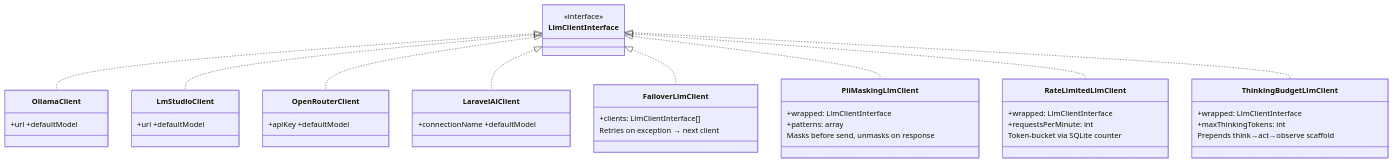
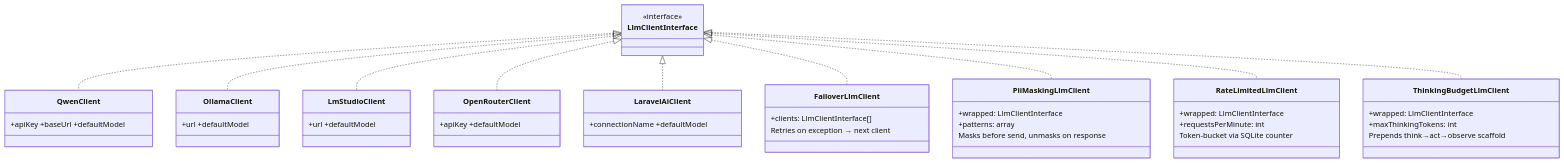
One commit to K415mm/elasticcost changed the diagram in packages/phpkaiharness/doc/components.md. Above: the diagram before and after it, drawn with Mermaid. The commit also changed other lines of this file and 5 other files, not shown here.

````diff
--- a/packages/phpkaiharness/doc/components.md
+++ b/packages/phpkaiharness/doc/components.md
@@ -65,38 +65,40 @@
 ```mermaid
 classDiagram
     class LlmClientInterface { <<interface>> }
 
+    class QwenClient { +apiKey +baseUrl +defaultModel }
     class OllamaClient { +url +defaultModel }
     class LmStudioClient { +url +defaultModel }
     class OpenRouterClient { +apiKey +defaultModel }
     class LaravelAiClient { +connectionName +defaultModel }
 
     class FailoverLlmClient {
         +clients: LlmClientInterface[]
         Retries on exception → next client
     }
     class PiiMaskingLlmClient {
         +wrapped: LlmClientInterface
         +patterns: array
         Masks before send, unmasks on response
     }
     class RateLimitedLlmClient {
         +wrapped: LlmClientInterface
         +requestsPerMinute: int
         Token-bucket via SQLite counter
     }
     class ThinkingBudgetLlmClient {
         +wrapped: LlmClientInterface
         +maxThinkingTokens: int
         Prepends think→act→observe scaffold
     }
 
+    LlmClientInterface <|.. QwenClient
     LlmClientInterface <|.. OllamaClient
     LlmClientInterface <|.. LmStudioClient
     LlmClientInterface <|.. OpenRouterClient
     LlmClientInterface <|.. LaravelAiClient
     LlmClientInterface <|.. FailoverLlmClient
     LlmClientInterface <|.. PiiMaskingLlmClient
     LlmClientInterface <|.. RateLimitedLlmClient
     LlmClientInterface <|.. ThinkingBudgetLlmClient
 ```
````
